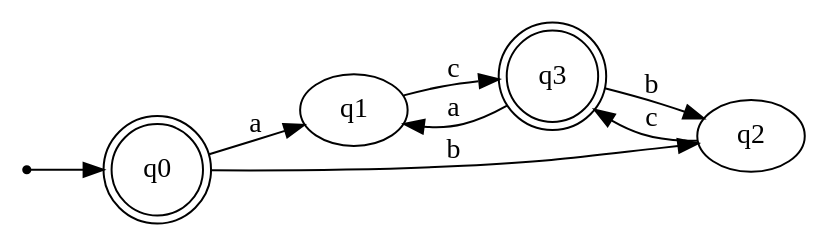
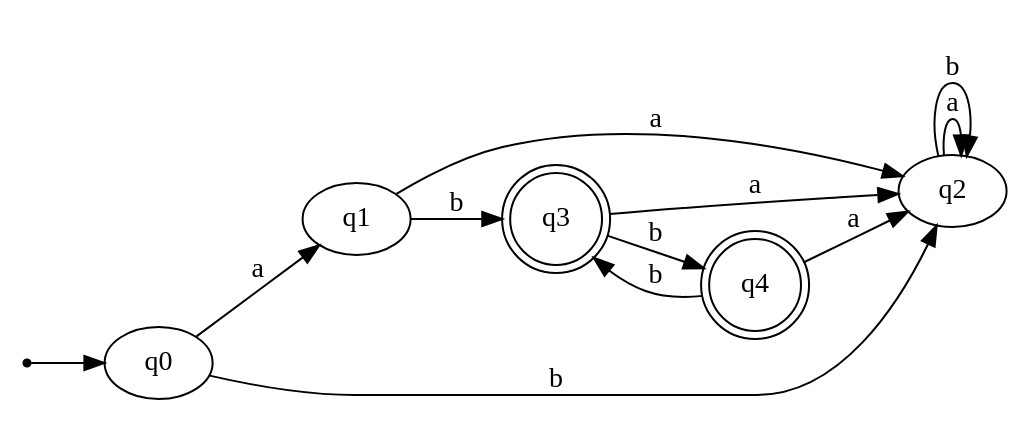
The diagram in example-automatons/automata_dfa.dot (eabalestra/nondeterministic-finite-automaton), drawn with Graphviz before and after one commit. The commit also changed 8 other files, not shown here.

```diff
--- a/example-automatons/automata_dfa.dot
+++ b/example-automatons/automata_dfa.dot
@@ -1,24 +1,30 @@
 digraph{
     rankdir=LR;
     inic[shape=point];
 
     inic->q0;
 
     q0->q1 [label="a"];
     q0->q2 [label="b"];
-
-    q0[shape=doublecircle];
-    q1->q3 [label="c"];
-    q2->q3 [label="c"];
-    q3->q1 [label="a"];
-    q3->q2 [label="b"];
+    q1->q2 [label="a"];
+    q1->q3 [label="b"];
+    q2->q2 [label="a"];
+    q2->q2 [label="b"];
+    q3->q2 [label="a"];
+    q3->q4 [label="b"];
 
     q3[shape=doublecircle];
+    q4->q2 [label="a"];
+    q4->q3 [label="b"];
+
+    q4[shape=doublecircle];
 }
-//State q0: {0, 1, 9, 2, 4}
+//State q0: {0}
 
-//State q1: {3, 6, 7}
+//State q1: {1}
 
-//State q2: {5, 6, 7}
+//State q2: {4}
 
-//State q3: {8, 1, 9, 2, 4}
+//State q3: {2}
+
+//State q4: {3}
```
